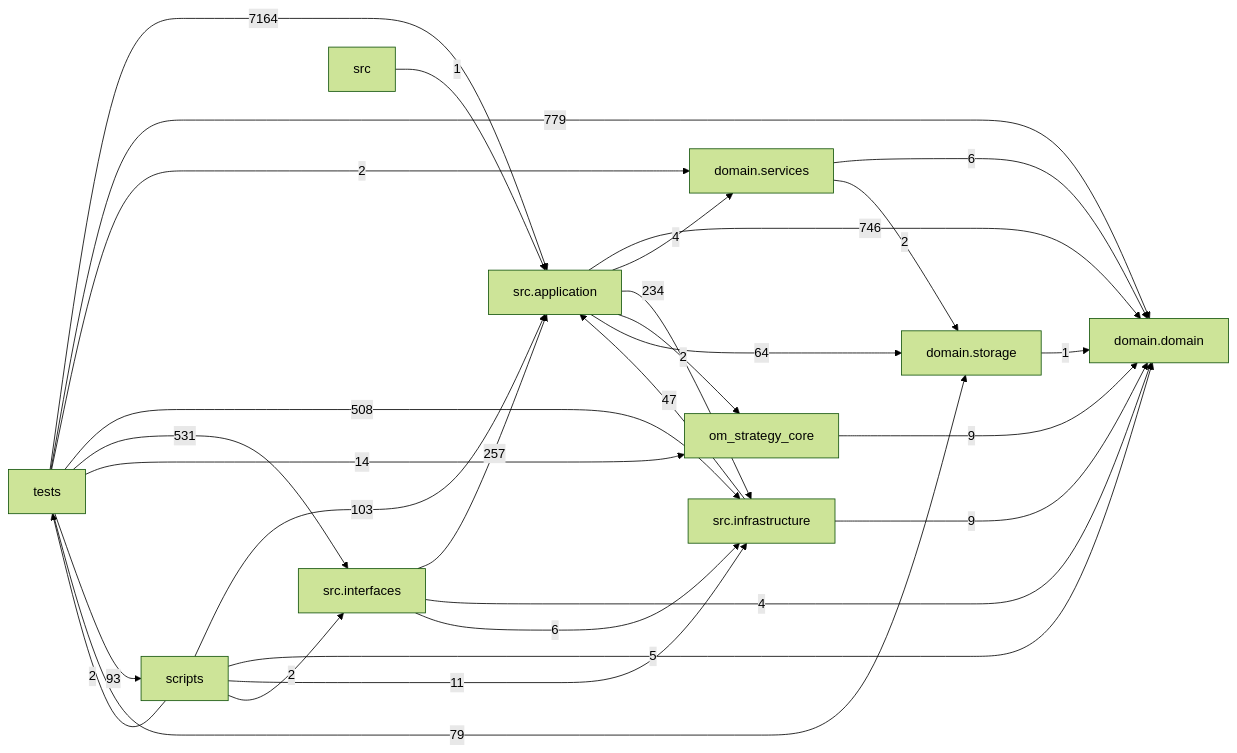
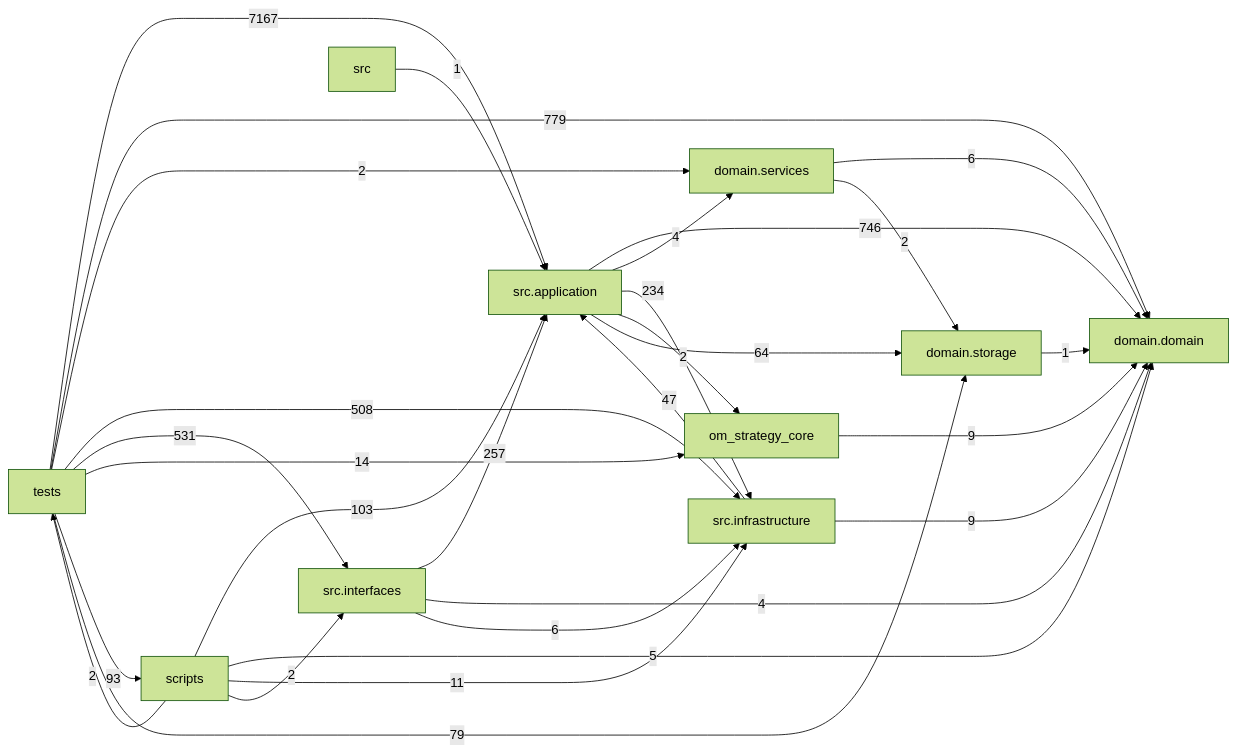
One commit to liuxie066/options-monitor changed the diagram in docs/DEPENDENCY_GRAPH.md. Above: the diagram before and after it, drawn with Mermaid (forest theme). The commit also changed other lines of this file and 1 other file, not shown here.

````diff
--- a/docs/DEPENDENCY_GRAPH.md
+++ b/docs/DEPENDENCY_GRAPH.md
@@ -24,39 +24,39 @@
 ```mermaid
 flowchart LR
   tests["tests"]
   scripts["scripts"]
   interfaces["src.interfaces"]
   application["src.application"]
   infrastructure["src.infrastructure"]
   domain_services["domain.services"]
   domain["domain.domain"]
   storage["domain.storage"]
   application -->|746| domain
   application -->|4| domain_services
   application -->|234| infrastructure
   application -->|2| om_strategy_core
   application -->|64| storage
   domain_services -->|6| domain
   domain_services -->|2| storage
   infrastructure -->|47| application
   infrastructure -->|9| domain
   interfaces -->|257| application
   interfaces -->|4| domain
   interfaces -->|6| infrastructure
   om_strategy_core -->|9| domain
   scripts -->|103| application
   scripts -->|5| domain
   scripts -->|11| infrastructure
   scripts -->|2| interfaces
   scripts -->|2| tests
   src -->|1| application
   storage -->|1| domain
-  tests -->|7164| application
+  tests -->|7167| application
   tests -->|779| domain
   tests -->|2| domain_services
   tests -->|508| infrastructure
   tests -->|531| interfaces
   tests -->|14| om_strategy_core
   tests -->|93| scripts
   tests -->|79| storage
 ```
````
